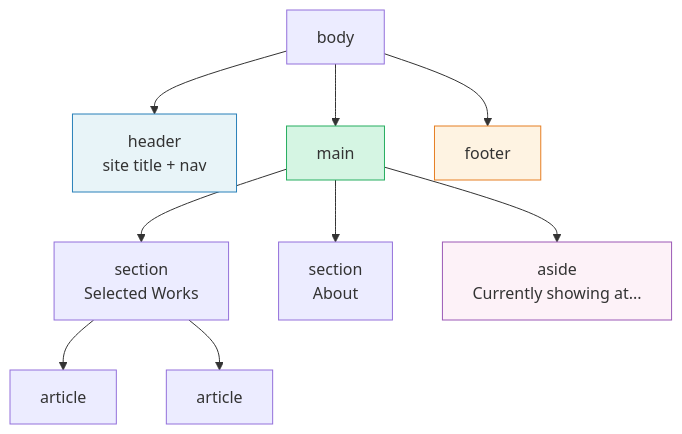
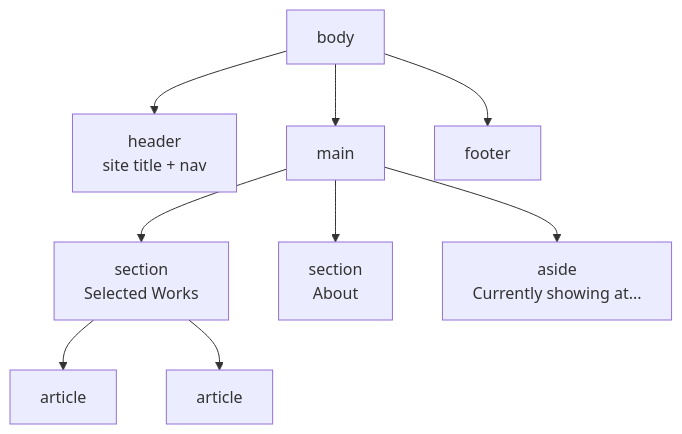
Before and after one commit to Kaleidosium/modern-html-and-css-for-artists: the diagram in ch05-structural-elements.md, drawn with Mermaid. The commit also changed 10 other files, not shown here.

Commit message:
feat: enhance Mermaid diagram with theming improvements

````diff
--- a/ch05-structural-elements.md
+++ b/ch05-structural-elements.md
@@ -18,26 +18,26 @@
 ```mermaid
 graph TD
     BODY["body"]
     HEADER["header<br/>site title + nav"]
     MAIN["main"]
     FOOTER["footer"]
     SEC1["section<br/>Selected Works"]
     SEC2["section<br/>About"]
     ART1["article"]
     ART2["article"]
     ASIDE["aside<br/>Currently showing at..."]
 
     BODY --> HEADER
     BODY --> MAIN
     BODY --> FOOTER
     MAIN --> SEC1
     MAIN --> SEC2
     MAIN --> ASIDE
     SEC1 --> ART1
     SEC1 --> ART2
 
-    style HEADER fill:#e8f4f8,stroke:#2980b9
-    style MAIN fill:#d5f5e3,stroke:#27ae60
-    style FOOTER fill:#fef3e2,stroke:#e67e22
-    style ASIDE fill:#fdf2f8,stroke:#9b59b6
+    class HEADER libdoc-mermaid-info
+    class MAIN libdoc-mermaid-success
+    class FOOTER libdoc-mermaid-warning
+    class ASIDE libdoc-mermaid-accent
 ```
````
